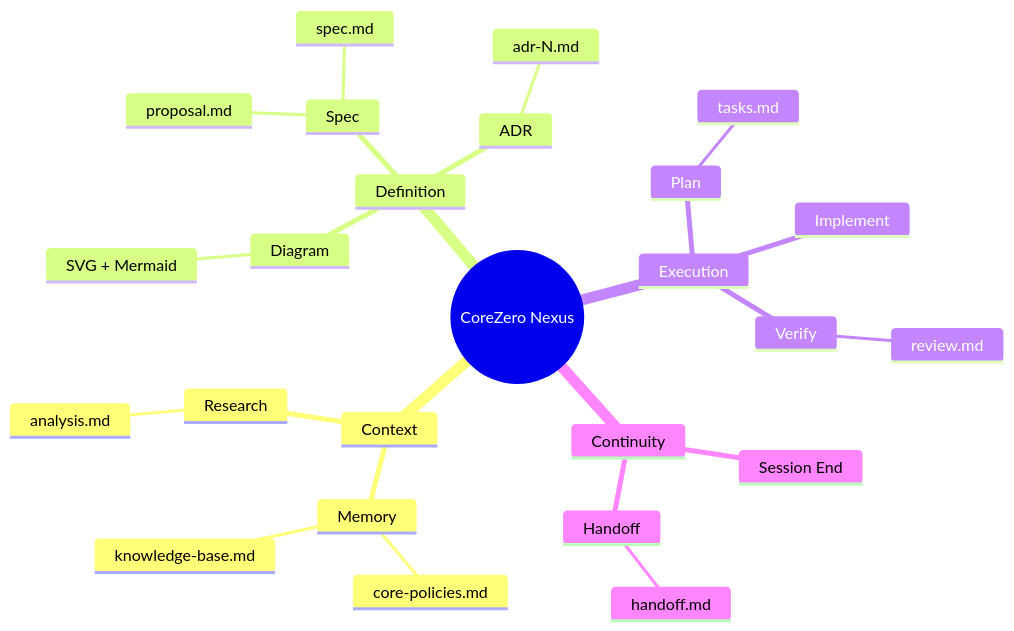
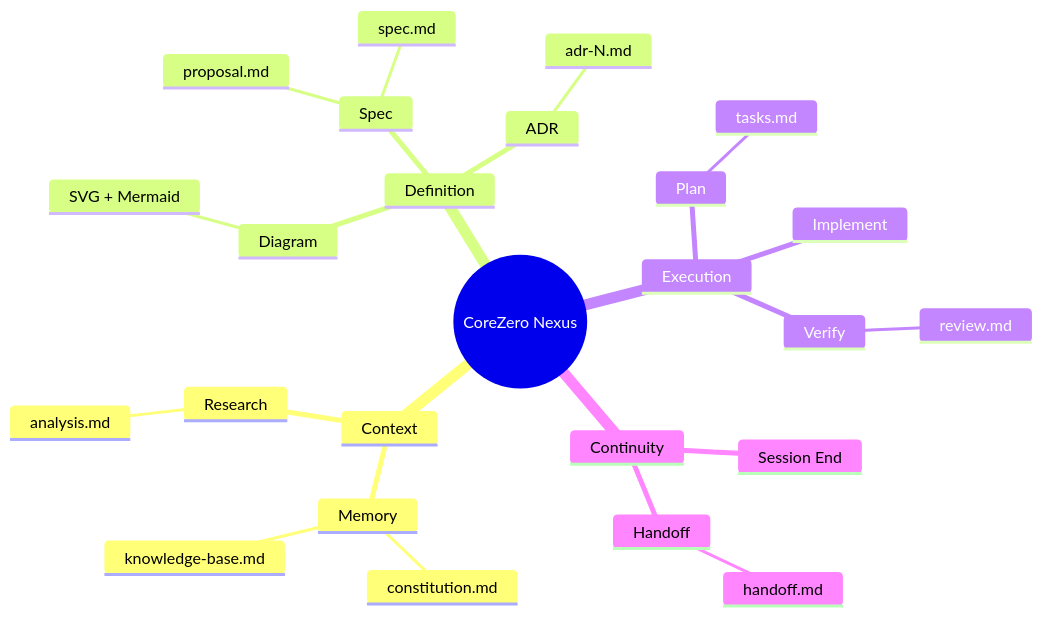
One commit to thaihai-swe/CoreZero-Nexus changed the seventh of 12 diagrams in kit/skills/utilities/visualize/references/formats-multi.md. Above: the diagram before and after it, drawn with Mermaid. The commit also changed 23 other files, not shown here.

````diff
--- a/kit/skills/utilities/visualize/references/formats-multi.md
+++ b/kit/skills/utilities/visualize/references/formats-multi.md
@@ -208,28 +208,28 @@
 ```mermaid
 mindmap
   root((CoreZero Nexus))
     Context
       Memory
-        core-policies.md
+        constitution.md
         knowledge-base.md
       Research
         analysis.md
     Definition
       Spec
         proposal.md
         spec.md
       Diagram
         SVG + Mermaid
       ADR
         adr-N.md
     Execution
       Plan
         tasks.md
       Implement
       Verify
         review.md
     Continuity
       Session End
       Handoff
         handoff.md
 ```
````
